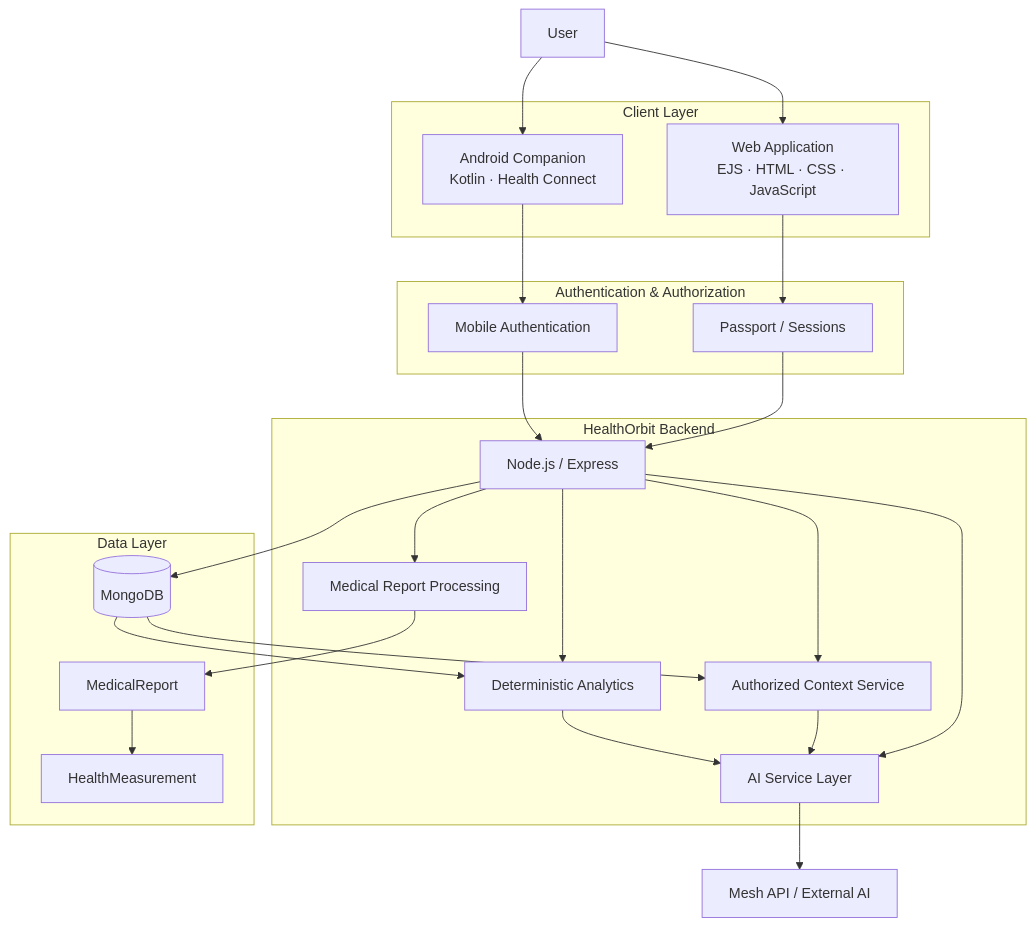
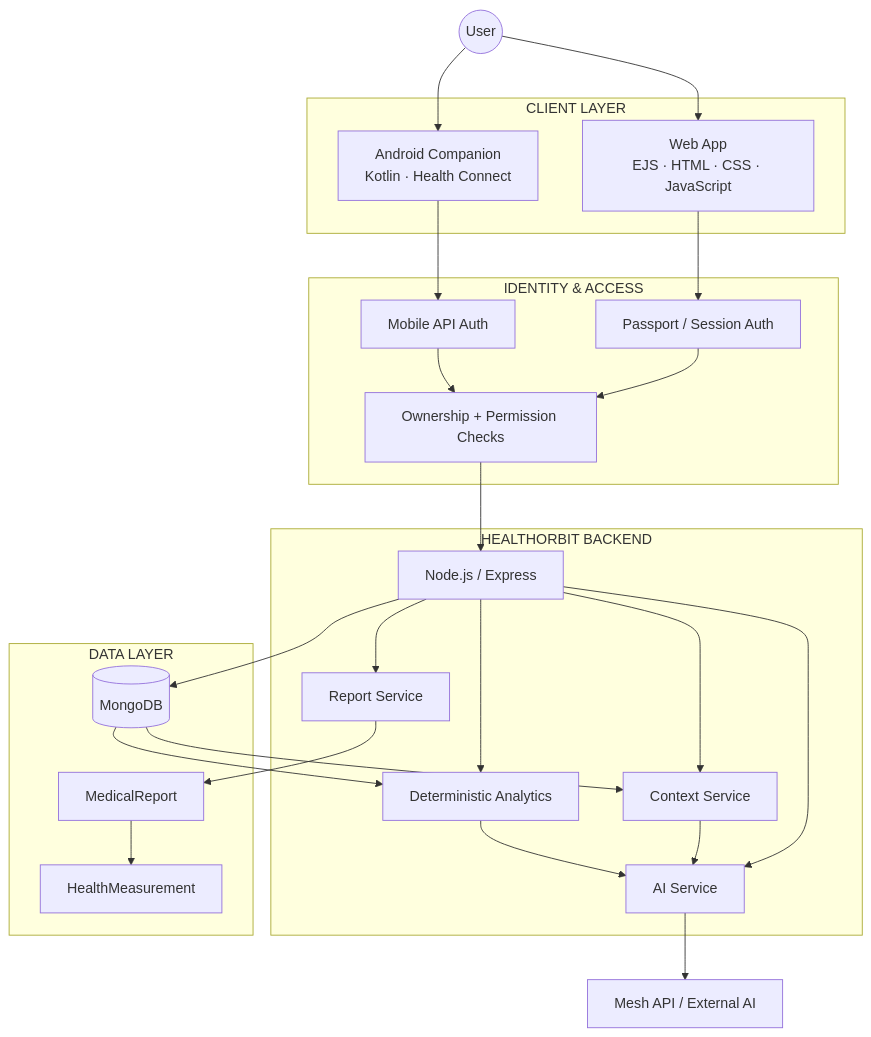
Before and after one commit to Its-AtharvDeshmukh/HealthOrbit: the fifth of 5 diagrams in README.md, drawn with Mermaid. The commit also changed other lines of this file, not shown here.

````diff
--- a/README.md
+++ b/README.md
@@ -223,52 +286,55 @@
 ```mermaid
-flowchart TD
-    USER[User]
+flowchart TB
 
-    subgraph CLIENT["Client Layer"]
-        WEB[Web Application<br/>EJS · HTML · CSS · JavaScript]
+    U((User))
+
+    subgraph CLIENTS["CLIENT LAYER"]
+        WEB[Web App<br/>EJS · HTML · CSS · JavaScript]
         MOBILE[Android Companion<br/>Kotlin · Health Connect]
     end
 
-    USER --> WEB
-    USER --> MOBILE
+    U --> WEB
+    U --> MOBILE
 
-    subgraph SECURITY["Authentication & Authorization"]
-        SESSION[Passport / Sessions]
-        MOBILEAUTH[Mobile Authentication]
+    subgraph ACCESS["IDENTITY & ACCESS"]
+        SESSION[Passport / Session Auth]
+        MOB_AUTH[Mobile API Auth]
+        AUTHZ[Ownership + Permission Checks]
     end
 
     WEB --> SESSION
-    MOBILE --> MOBILEAUTH
+    MOBILE --> MOB_AUTH
+    SESSION --> AUTHZ
+    MOB_AUTH --> AUTHZ
 
-    subgraph BACKEND["HealthOrbit Backend"]
+    subgraph SERVER["HEALTHORBIT BACKEND"]
         NODE[Node.js / Express]
-        REPORTS[Medical Report Processing]
-        CONTEXT[Authorized Context Service]
+        REPORT[Report Service]
+        CONTEXT[Context Service]
         ANALYTICS[Deterministic Analytics]
-        AI[AI Service Layer]
+        AI[AI Service]
     end
 
-    SESSION --> NODE
-    MOBILEAUTH --> NODE
+    AUTHZ --> NODE
 
-    NODE --> REPORTS
+    NODE --> REPORT
     NODE --> CONTEXT
     NODE --> ANALYTICS
     NODE --> AI
 
-    subgraph DATA["Data Layer"]
+    subgraph DATA["DATA LAYER"]
         DB[(MongoDB)]
         MR[MedicalReport]
         HM[HealthMeasurement]
     end
 
-    REPORTS --> MR
+    REPORT --> MR
     MR --> HM
     NODE --> DB
     DB --> CONTEXT
     DB --> ANALYTICS
 
     CONTEXT --> AI
     ANALYTICS --> AI
     AI --> EXT[Mesh API / External AI]
 ```
````
